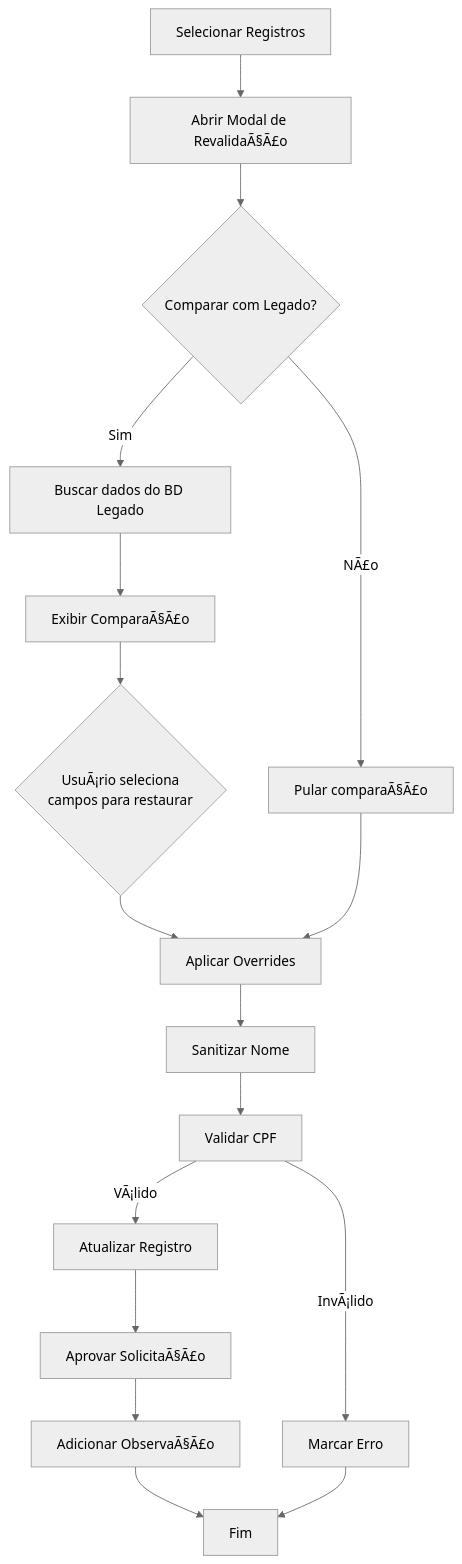
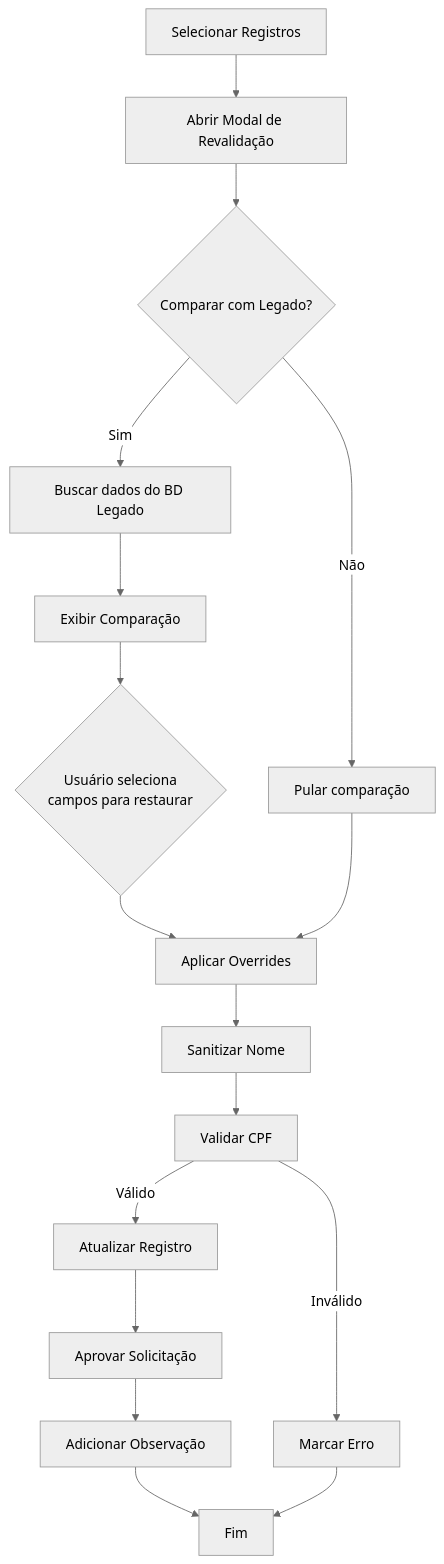
The fifth of 5 diagrams in docs/architecture/migration_architecture.md (vhpontes/portal-inclusao-showcase), drawn with Mermaid (neutral theme) before and after one commit. The commit also changed other lines of this file and 17 other files, not shown here.

````diff
--- a/docs/architecture/migration_architecture.md
+++ b/docs/architecture/migration_architecture.md
@@ -208,24 +208,24 @@
 ```mermaid
 flowchart TD
-    A[Selecionar Registros] --> B[Abrir Modal de RevalidaÃ§Ã£o]
+    A[Selecionar Registros] --> B[Abrir Modal de Revalidação]
     B --> C{Comparar com Legado?}
     
     C -->|Sim| D[Buscar dados do BD Legado]
-    D --> E[Exibir ComparaÃ§Ã£o]
-    E --> F{UsuÃ¡rio seleciona<br/>campos para restaurar}
+    D --> E[Exibir Comparação]
+    E --> F{Usuário seleciona<br/>campos para restaurar}
     
-    C -->|NÃ£o| G[Pular comparaÃ§Ã£o]
+    C -->|Não| G[Pular comparação]
     F --> H[Aplicar Overrides]
     G --> H
     
     H --> I[Sanitizar Nome]
     I --> J[Validar CPF]
     
-    J -->|VÃ¡lido| K[Atualizar Registro]
-    J -->|InvÃ¡lido| L[Marcar Erro]
+    J -->|Válido| K[Atualizar Registro]
+    J -->|Inválido| L[Marcar Erro]
     
-    K --> M[Aprovar SolicitaÃ§Ã£o]
-    M --> N[Adicionar ObservaÃ§Ã£o]
+    K --> M[Aprovar Solicitação]
+    M --> N[Adicionar Observação]
     N --> O[Fim]
     L --> O
 ```
````
